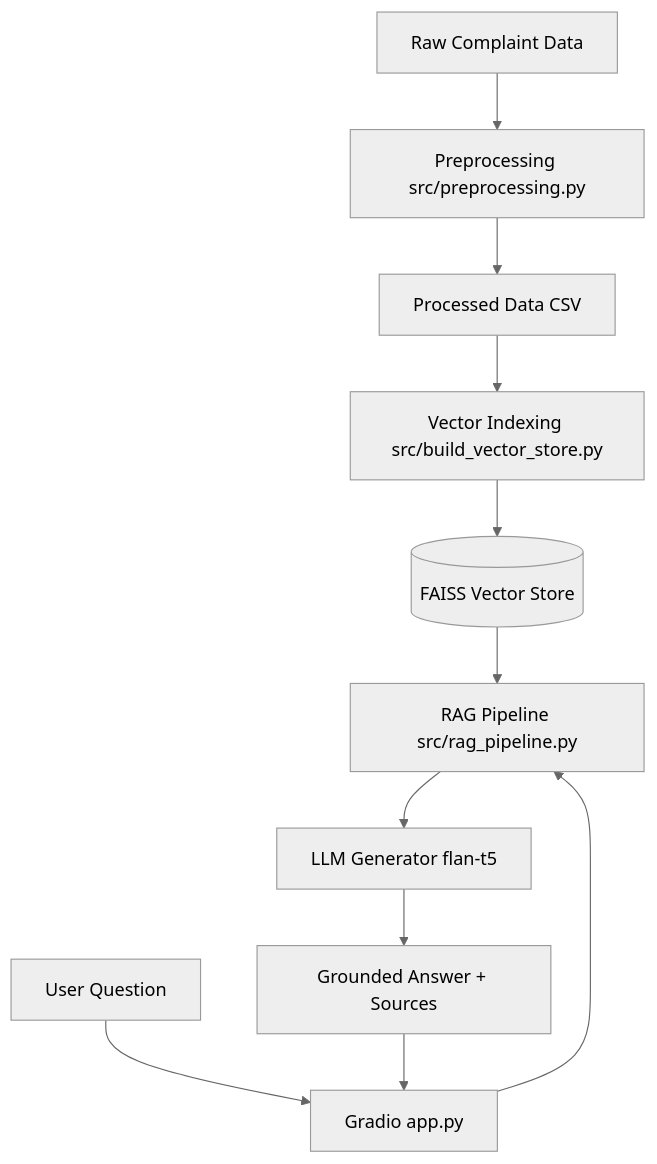
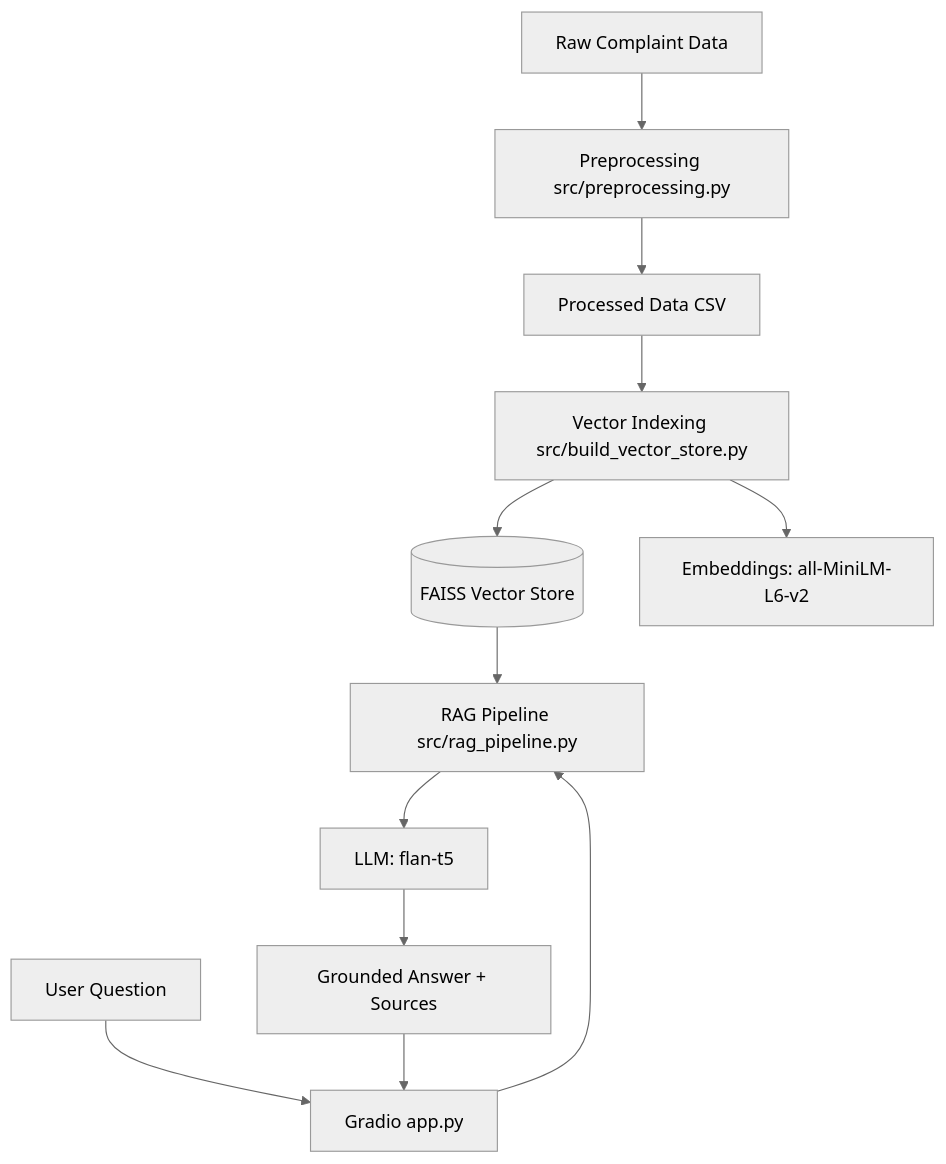
One commit to jossieT/rag-complaint-chatbot changed the diagram in README.md. Above: the diagram before and after it, drawn with Mermaid (neutral theme). The commit also changed other lines of this file and 1 other file, not shown here.

````diff
--- a/README.md
+++ b/README.md
@@ -9,14 +79,15 @@
 ```mermaid
 graph TD
     Data[Raw Complaint Data] --> Pre[Preprocessing src/preprocessing.py]
     Pre --> Processed[Processed Data CSV]
     Processed --> Index[Vector Indexing src/build_vector_store.py]
     Index --> Store[(FAISS Vector Store)]
+    Index --> Emb[Embeddings: all-MiniLM-L6-v2]
 
     User[User Question] --> UI[Gradio app.py]
     UI --> Pipe[RAG Pipeline src/rag_pipeline.py]
     Store --> Pipe
-    Pipe --> LLM[LLM Generator flan-t5]
+    Pipe --> LLM[LLM: flan-t5]
     LLM --> Answer[Grounded Answer + Sources]
     Answer --> UI
 ```
````
